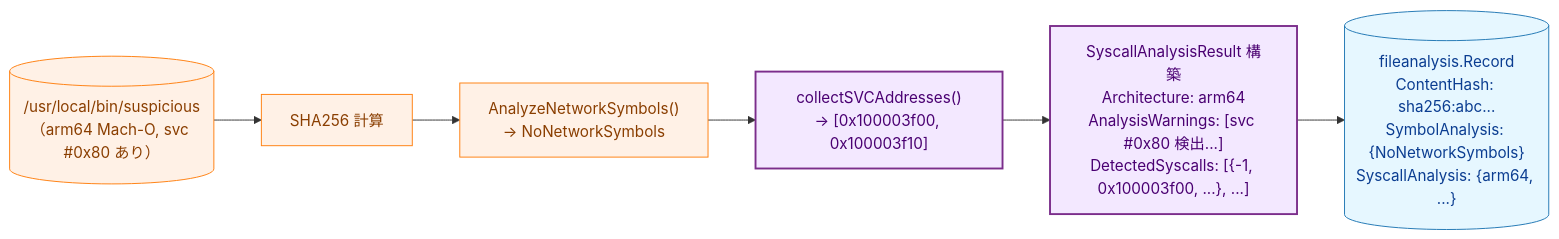
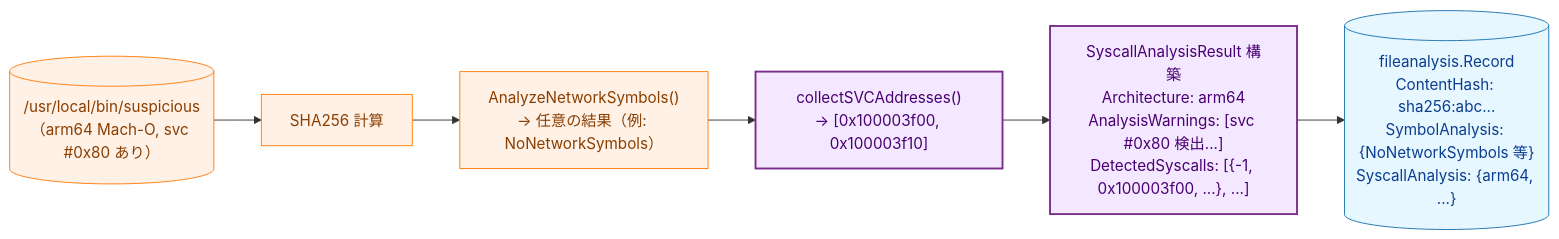
One commit to isseis/go-safe-cmd-runner changed the seventh of 8 diagrams in docs/tasks/0097_macho_arm64_syscall_analysis/02_architecture.md. Above: the diagram before and after it, drawn with Mermaid. The commit also changed other lines of this file and 3 other files, not shown here.

````diff
--- a/docs/tasks/0097_macho_arm64_syscall_analysis/02_architecture.md
+++ b/docs/tasks/0097_macho_arm64_syscall_analysis/02_architecture.md
@@ -388,23 +378,23 @@
 ```mermaid
 flowchart LR
     classDef data fill:#e6f7ff,stroke:#1f77b4,stroke-width:1px,color:#0b3d91;
     classDef process fill:#fff1e6,stroke:#ff7f0e,stroke-width:1px,color:#8a3e00;
     classDef new fill:#f3e8ff,stroke:#7b2d8b,stroke-width:2px,color:#4a0072;
 
     BIN[("/usr/local/bin/suspicious<br>（arm64 Mach-O, svc #0x80 あり）")]
     HASH["SHA256 計算"]
-    ANALYZE["AnalyzeNetworkSymbols()<br>→ NoNetworkSymbols"]
+    ANALYZE["AnalyzeNetworkSymbols()<br>→ 任意の結果（例: NoNetworkSymbols）"]
     SVC["collectSVCAddresses()<br>→ [0x100003f00, 0x100003f10]"]
     CONVERT["SyscallAnalysisResult 構築<br>Architecture: arm64<br>AnalysisWarnings: [svc #0x80 検出...]<br>DetectedSyscalls: [{-1, 0x100003f00, ...}, ...]"]
-    STORE[("fileanalysis.Record<br>ContentHash: sha256:abc...<br>SymbolAnalysis: {NoNetworkSymbols}<br>SyscallAnalysis: {arm64, ...}")]
+    STORE[("fileanalysis.Record<br>ContentHash: sha256:abc...<br>SymbolAnalysis: {NoNetworkSymbols 等}<br>SyscallAnalysis: {arm64, ...}")]
 
     BIN --> HASH
     HASH --> ANALYZE
     ANALYZE --> SVC
     SVC --> CONVERT
     CONVERT --> STORE
 
     class STORE data;
     class BIN,HASH,ANALYZE process;
     class SVC,CONVERT new;
 ```
````
